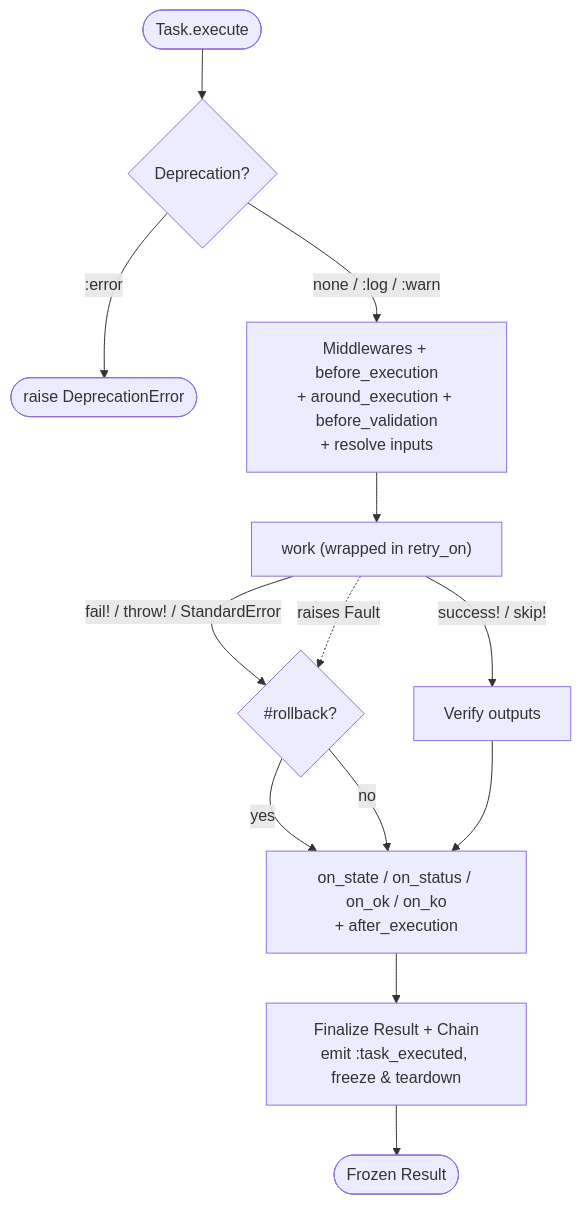
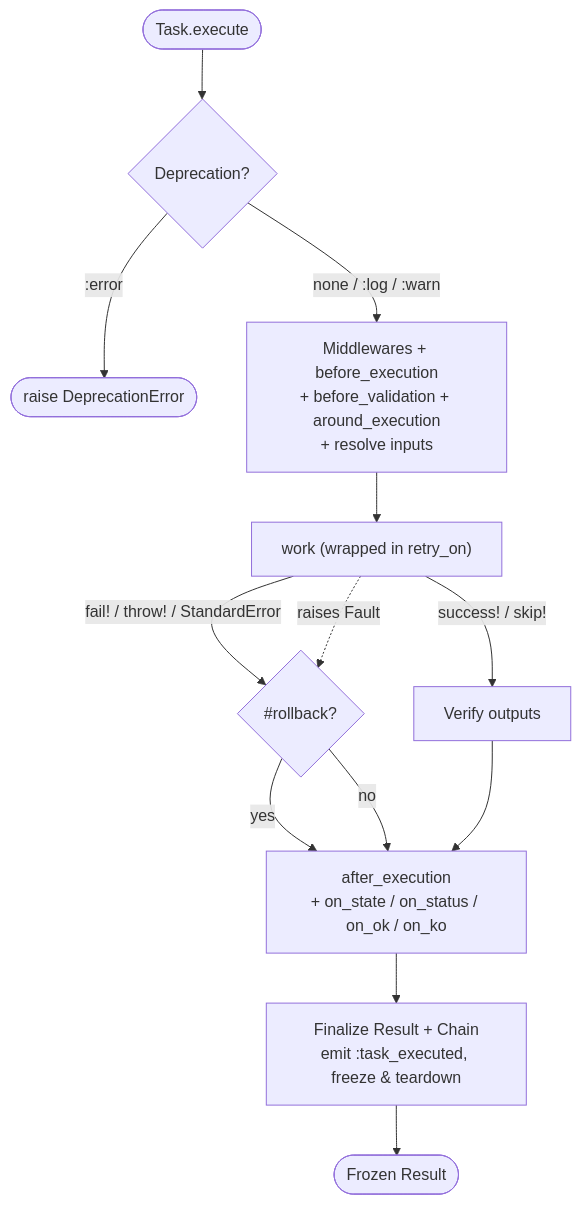
Before and after one commit to drexed/cmdx: the second of 2 diagrams in docs/getting_started.md, drawn with Mermaid. The commit also changed 6 other files, not shown here.

````diff
--- a/docs/getting_started.md
+++ b/docs/getting_started.md
@@ -210,15 +210,15 @@
 ```mermaid
 flowchart TD
     Invoke([Task.execute]) --> Dep{Deprecation?}
     Dep -->|":error"| Raise([raise DeprecationError])
-    Dep -->|"none / :log / :warn"| Setup["Middlewares + before_execution<br/>+ around_execution + before_validation<br/>+ resolve inputs"]
+    Dep -->|"none / :log / :warn"| Setup["Middlewares + before_execution<br/>+ before_validation + around_execution<br/>+ resolve inputs"]
     Setup --> Work["work (wrapped in retry_on)"]
     Work -->|"success! / skip!"| Verify[Verify outputs]
     Work -->|"fail! / throw! / StandardError"| Rollback{"#rollback?"}
     Work -.->|"raises Fault"| Rollback
-    Rollback -->|yes| Cb["on_state / on_status / on_ok / on_ko<br/>+ after_execution"]
+    Rollback -->|yes| Cb["after_execution<br/>+ on_state / on_status / on_ok / on_ko"]
     Rollback -->|no| Cb
     Verify --> Cb
     Cb --> Finalize["Finalize Result + Chain<br/>emit :task_executed, freeze & teardown"]
     Finalize --> Out([Frozen Result])
 ```
````
